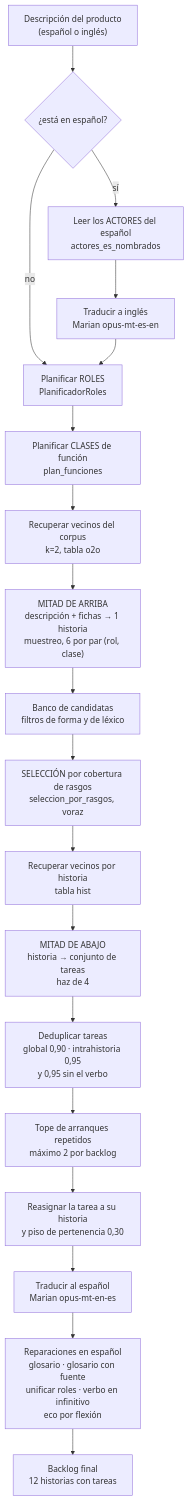
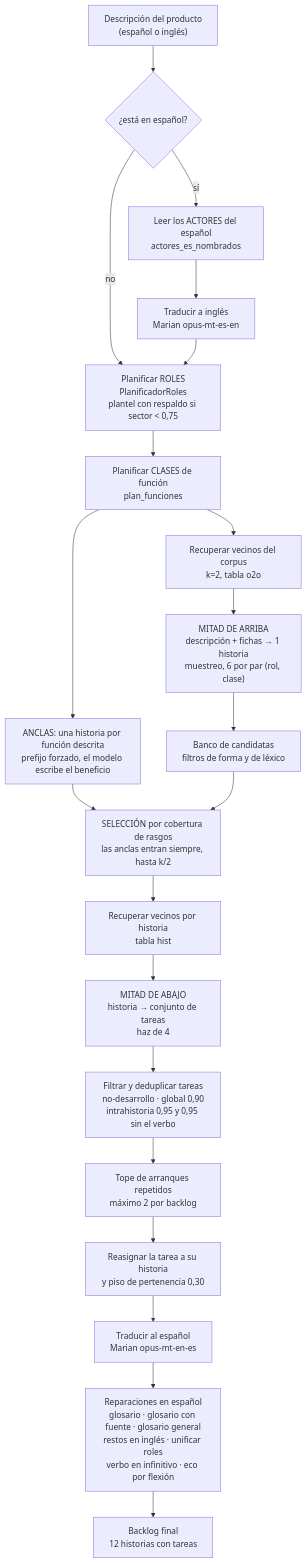
Before and after one commit to DTomasVr/Estimacion-progresiva-backlog: the third of 15 diagrams in estimador/DISENO_PIPELINE.md, drawn with Mermaid. The commit also changed other lines of this file and 2 other files, not shown here.

Commit message:
Parte A del diseno al dia con la revision del generador del 21/10

````diff
--- a/estimador/DISENO_PIPELINE.md
+++ b/estimador/DISENO_PIPELINE.md
@@ -328,21 +387,23 @@
 ```mermaid
 flowchart TD
     A["Descripción del producto<br/>(español o inglés)"] --> B{"¿está en español?"}
     B -->|sí| B1["Leer los ACTORES del español<br/>actores_es_nombrados"]
     B1 --> B2["Traducir a inglés<br/>Marian opus-mt-es-en"]
     B -->|no| C
-    B2 --> C["Planificar ROLES<br/>PlanificadorRoles"]
+    B2 --> C["Planificar ROLES<br/>PlanificadorRoles<br/>plantel con respaldo si sector &lt; 0,75"]
     C --> D["Planificar CLASES de función<br/>plan_funciones"]
     D --> E["Recuperar vecinos del corpus<br/>k=2, tabla o2o"]
     E --> F["MITAD DE ARRIBA<br/>descripción + fichas → 1 historia<br/>muestreo, 6 por par (rol, clase)"]
     F --> G["Banco de candidatas<br/>filtros de forma y de léxico"]
-    G --> H["SELECCIÓN por cobertura de rasgos<br/>seleccion_por_rasgos, voraz"]
+    D --> AN["ANCLAS: una historia por función descrita<br/>prefijo forzado, el modelo escribe el beneficio"]
+    AN --> H
+    G --> H["SELECCIÓN por cobertura de rasgos<br/>las anclas entran siempre, hasta k/2"]
     H --> I["Recuperar vecinos por historia<br/>tabla hist"]
     I --> J["MITAD DE ABAJO<br/>historia → conjunto de tareas<br/>haz de 4"]
-    J --> K["Deduplicar tareas<br/>global 0,90 · intrahistoria 0,95<br/>y 0,95 sin el verbo"]
+    J --> K["Filtrar y deduplicar tareas<br/>no-desarrollo · global 0,90<br/>intrahistoria 0,95 y 0,95 sin el verbo"]
     K --> L["Tope de arranques repetidos<br/>máximo 2 por backlog"]
     L --> M["Reasignar la tarea a su historia<br/>y piso de pertenencia 0,30"]
     M --> N["Traducir al español<br/>Marian opus-mt-en-es"]
-    N --> O["Reparaciones en español<br/>glosario · glosario con fuente<br/>unificar roles · verbo en infinitivo<br/>eco por flexión"]
+    N --> O["Reparaciones en español<br/>glosario · glosario con fuente · glosario general<br/>restos en inglés · unificar roles<br/>verbo en infinitivo · eco por flexión"]
     O --> P["Backlog final<br/>12 historias con tareas"]
 ```
````
